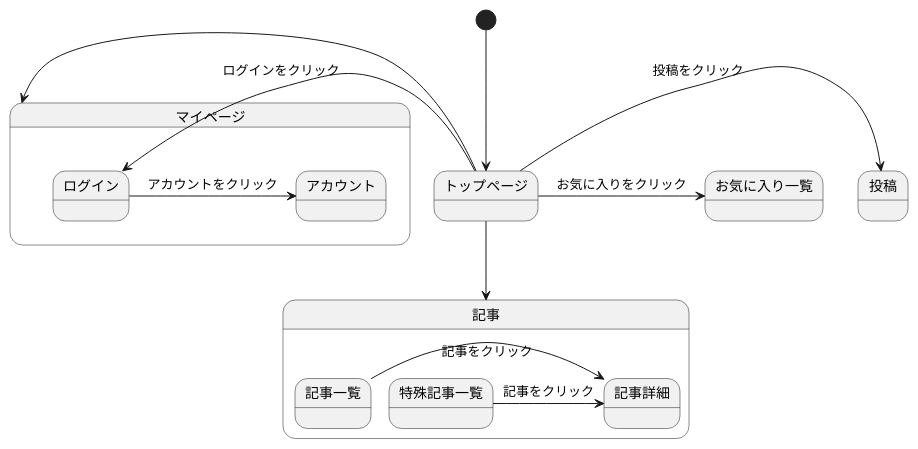
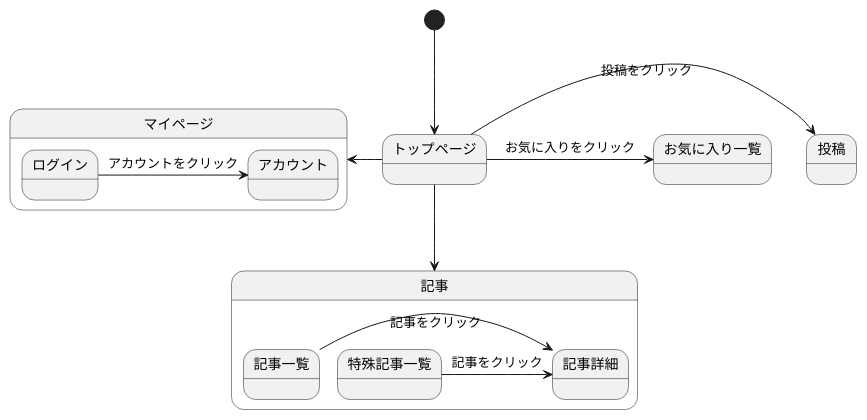
The diagram in 後期画面遷移.md (Aso2001001/2022System), drawn with PlantUML before and after one commit.

````diff
--- a/後期画面遷移.md
+++ b/後期画面遷移.md
@@ -1,33 +1,33 @@
 ```uml
 @startuml
 [*] --> トップページ
 
 state 記事{
 記事一覧 -> 記事詳細 : 記事をクリック
 特殊記事一覧 -> 記事詳細 : 記事をクリック
 }
 
 state マイページ{
 
 ログイン -> アカウント : アカウントをクリック
 
 }
 
 トップページ -down-> 記事
 トップページ -left-> マイページ
 
 
-トップページ -left-> ログイン : ログインをクリック
+
 
 トップページ -> 投稿 : 投稿をクリック
 トップページ -> お気に入り一覧 : お気に入りをクリック
 
 
 
 
 
 
 
 
 @enduml
 ```
````
